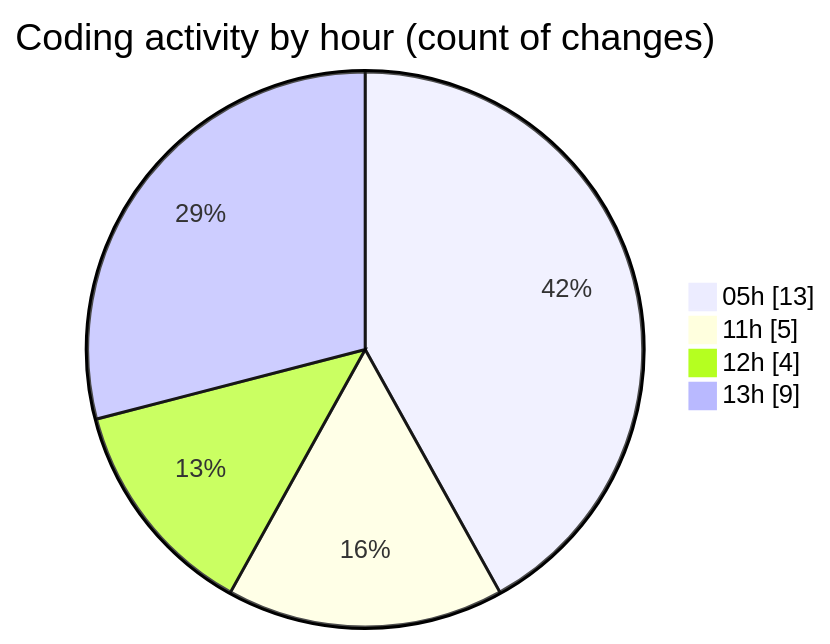
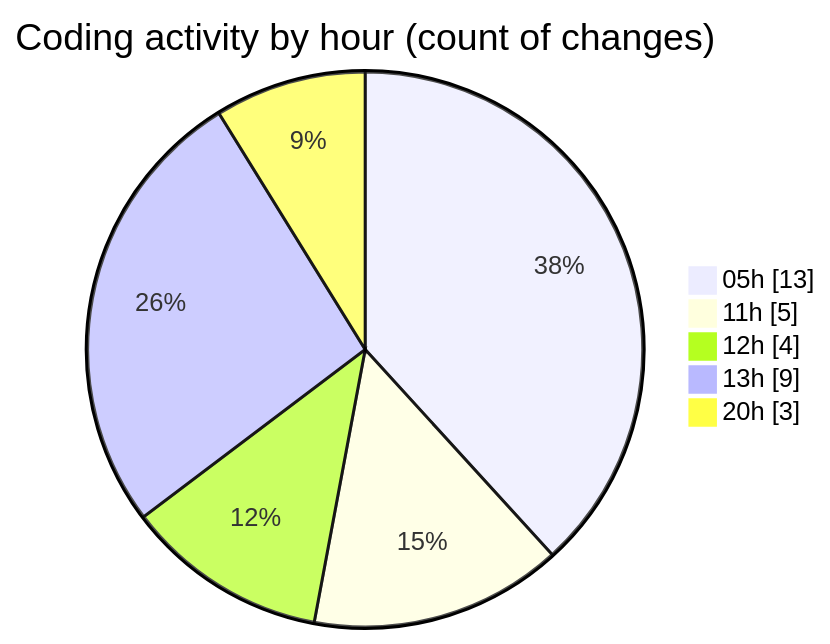
The second of 2 diagrams in 2025-09-10/hiai-phf/README.md (lephambinh05/code-tracking), drawn with Mermaid before and after one commit. The commit also changed other lines of this file and 1 other file, not shown here.

````diff
--- a/2025-09-10/hiai-phf/README.md
+++ b/2025-09-10/hiai-phf/README.md
@@ -39,8 +39,9 @@
 ```mermaid
 pie showData
 title Coding activity by hour (count of changes)
 "05h" : 13
 "11h" : 5
 "12h" : 4
 "13h" : 9
+"20h" : 3
 ```
````
